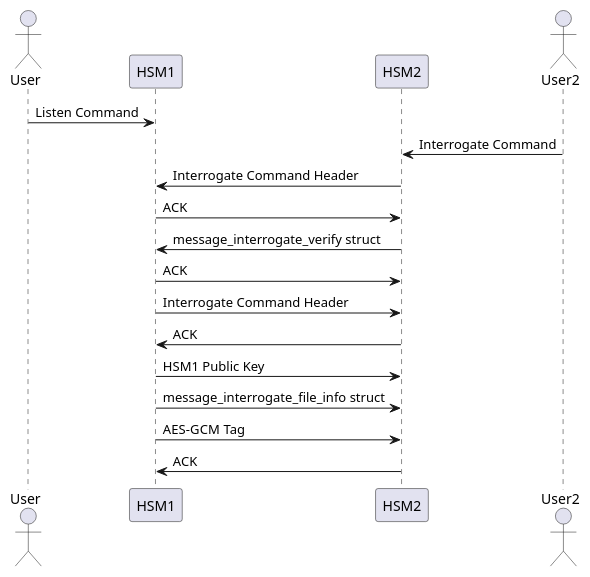
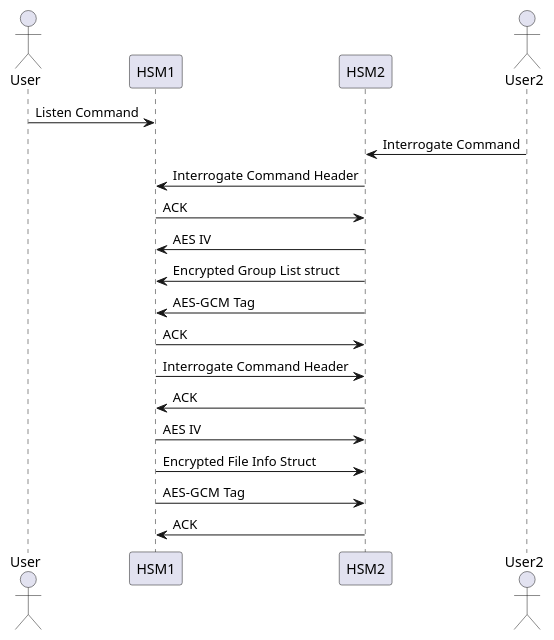
One commit to OSU-embedded-security-club/2026-ectf-osu-design changed the diagram in docs/plantuml/interrogate.pu. Above: the diagram before and after it, drawn with PlantUML. The commit also changed 1 other file, not shown here.

Commit message:
plantuml changes

```diff
--- a/docs/plantuml/interrogate.pu
+++ b/docs/plantuml/interrogate.pu
@@ -1,20 +1,22 @@
 @startuml
 actor User as u1
 participant HSM1 as h1
 participant HSM2 as h2
 actor User2 as u2
 
 u1 -> h1 : Listen Command
 u2 -> h2 : Interrogate Command
 h2 -> h1 : Interrogate Command Header
 h1 -> h2 : ACK
-h2 -> h1 : message_interrogate_verify struct
+h2 -> h1 : AES IV
+h2 -> h1 : Encrypted Group List struct
+h2 -> h1 : AES-GCM Tag
 h1 -> h2 : ACK
 h1 -> h2 : Interrogate Command Header
 h2 -> h1 : ACK
-h1 -> h2 : HSM1 Public Key
-h1 -> h2 : message_interrogate_file_info struct
+h1 -> h2 : AES IV
+h1 -> h2 : Encrypted File Info Struct
 h1 -> h2 : AES-GCM Tag
 h2 -> h1 : ACK
 
 @enduml
```
